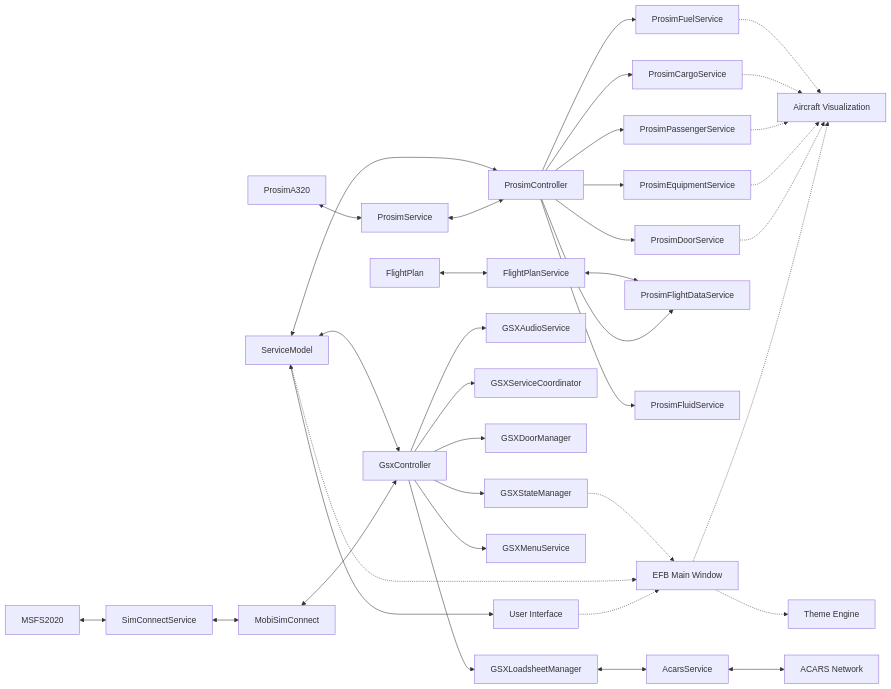
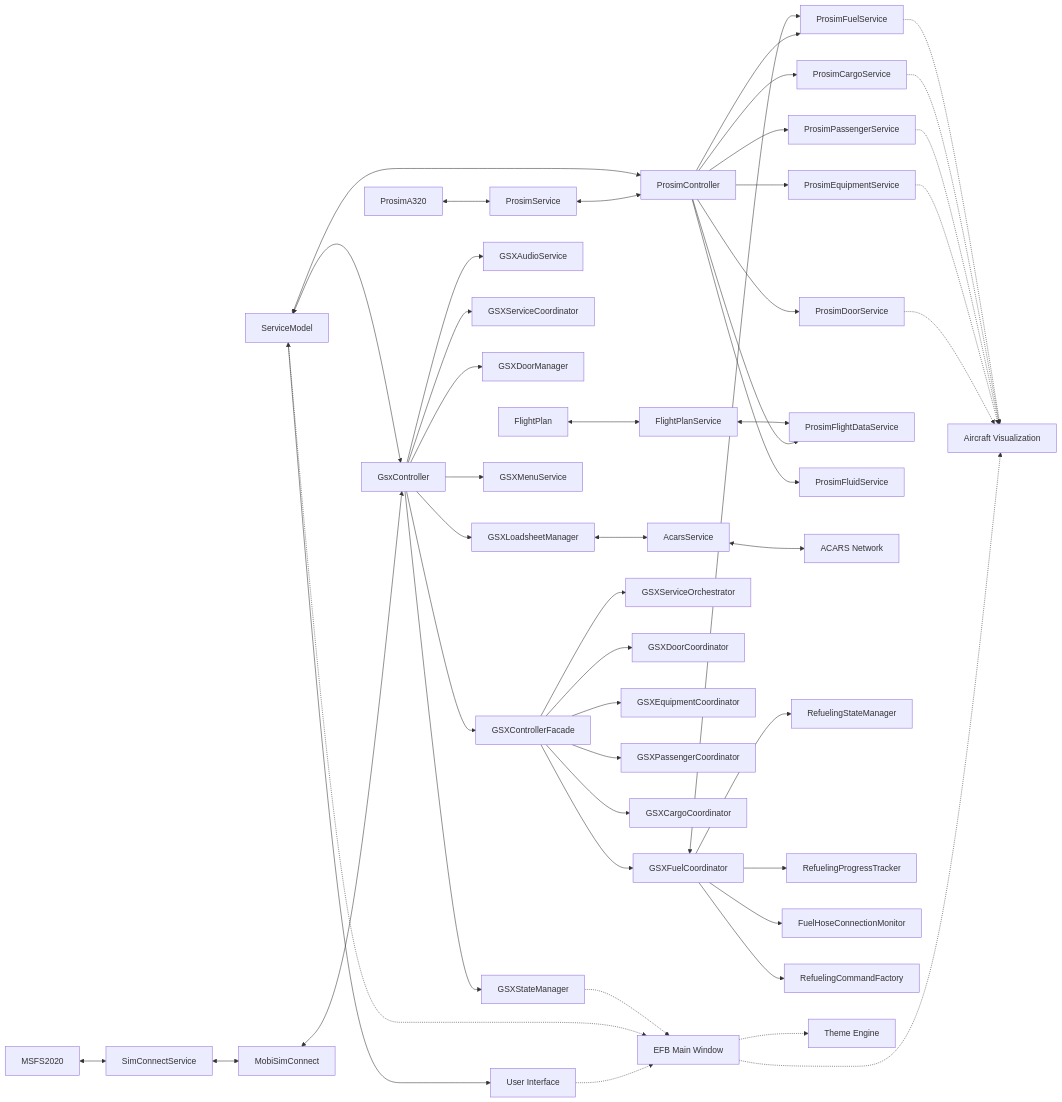
One commit to psyraxaus/Prosim2GSX changed the sixth of 6 diagrams in memory-bank/systemPatterns.md. Above: the diagram before and after it, drawn with Mermaid. The commit also changed other lines of this file and 2 other files, not shown here.

Commit message:
Update Progress

````diff
--- a/memory-bank/systemPatterns.md
+++ b/memory-bank/systemPatterns.md
@@ -569,44 +625,60 @@
 ```mermaid
 flowchart LR
     A[ProsimA320] <--> B[ProsimService]
     B <--> C[ProsimController]
     D[MSFS2020] <--> E[SimConnectService]
     E <--> F[MobiSimConnect]
     F <--> G[GsxController]
     
     C --> PS1[ProsimDoorService]
     C --> PS2[ProsimEquipmentService]
     C --> PS3[ProsimPassengerService]
     C --> PS4[ProsimCargoService]
     C --> PS5[ProsimFuelService]
     C --> PS6[ProsimFlightDataService]
     C --> PS7[ProsimFluidService]
     
     G --> GS1[GSXStateManager]
     G --> GS2[GSXAudioService]
     G --> GS3[GSXServiceCoordinator]
     G --> GS4[GSXDoorManager]
     G --> GS5[GSXLoadsheetManager]
     G --> GS6[GSXMenuService]
     
     H[FlightPlan] <--> FPS[FlightPlanService]
     FPS <--> PS6
     
     GS5 <--> AC[AcarsService] <--> ACN[ACARS Network]
     
     SM[ServiceModel] <--> G
     SM <--> C
     SM <--> UI[User Interface]
     
+    %% GSX Controller Facade and Coordinators
+    G --> GCF[GSXControllerFacade]
+    GCF --> GSO[GSXServiceOrchestrator]
+    GCF --> GDC[GSXDoorCoordinator]
+    GCF --> GEC[GSXEquipmentCoordinator]
+    GCF --> GPC[GSXPassengerCoordinator]
+    GCF --> GCC[GSXCargoCoordinator]
+    GCF --> GFC[GSXFuelCoordinator]
+    
+    %% GSXFuelCoordinator components
+    GFC --> RSM[RefuelingStateManager]
+    GFC --> RPT[RefuelingProgressTracker]
+    GFC --> FHM[FuelHoseConnectionMonitor]
+    GFC --> RCF[RefuelingCommandFactory]
+    GFC <--> PS5
+    
     %% Future EFB UI data flow (dotted lines for planned)
     UI -.-> EFB[EFB Main Window]
     SM -.-> EFB
     EFB -.-> VIS[Aircraft Visualization]
     EFB -.-> THEME[Theme Engine]
     GS1 -.-> EFB
     PS1 -.-> VIS
     PS2 -.-> VIS
     PS3 -.-> VIS
     PS4 -.-> VIS
     PS5 -.-> VIS
 ```
````
